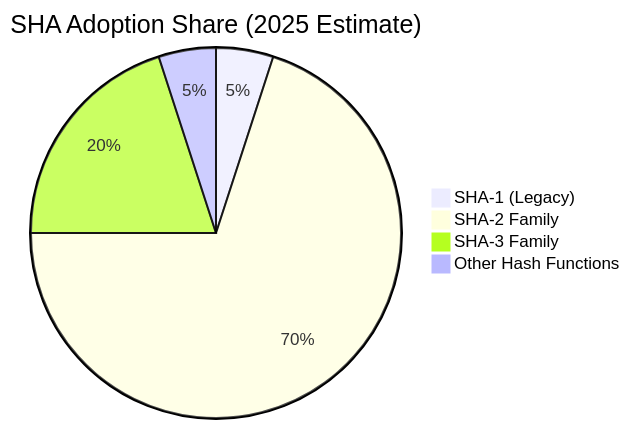
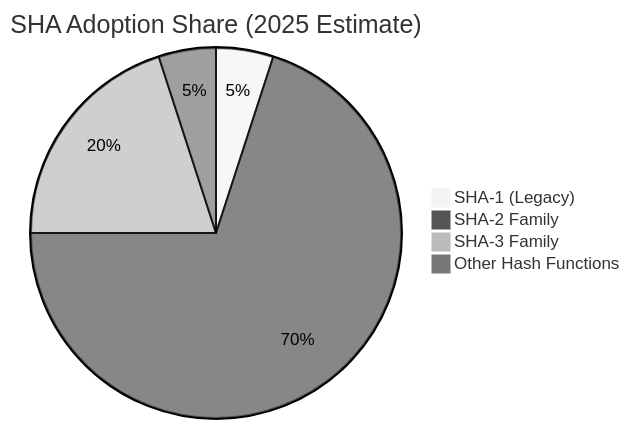
The third of 3 diagrams in article/2-overview-and-evolution.md (farshadbaharvand/Secure_Hash_Algorithms_Fundamentals), drawn with Mermaid before and after one commit. The commit also changed other lines of this file, not shown here.

```diff
--- a/article/2-overview-and-evolution.md
+++ b/article/2-overview-and-evolution.md
@@ -100,8 +100,13 @@
 ~~~~mermaid
+---
+config:
+  theme: neutral
+---
 pie
     title SHA Adoption Share (2025 Estimate)
     "SHA-1 (Legacy)" : 5
     "SHA-2 Family" : 70
     "SHA-3 Family" : 20
     "Other Hash Functions" : 5
+
 ~~~~
```
